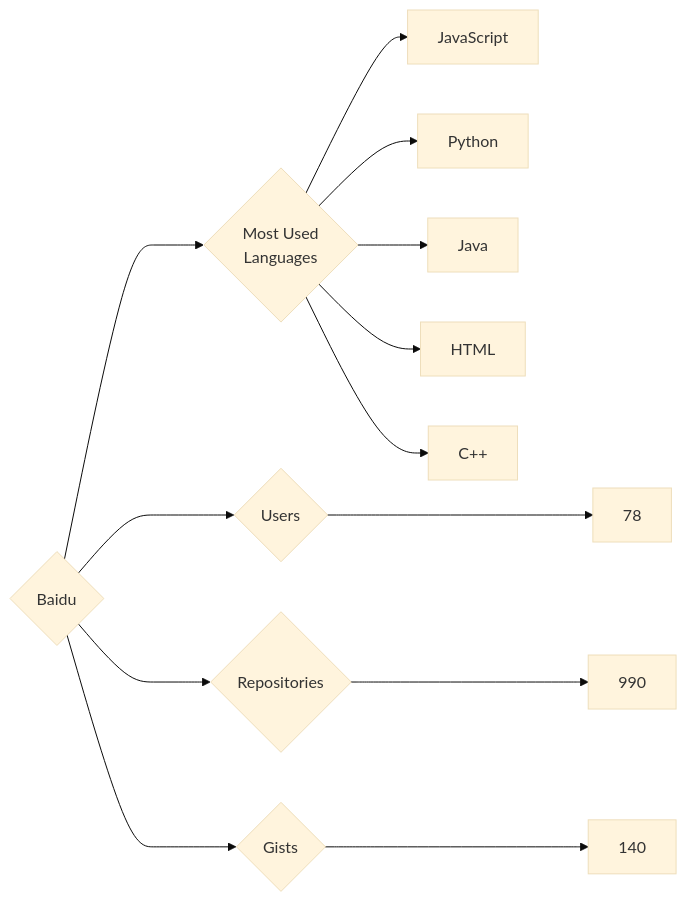
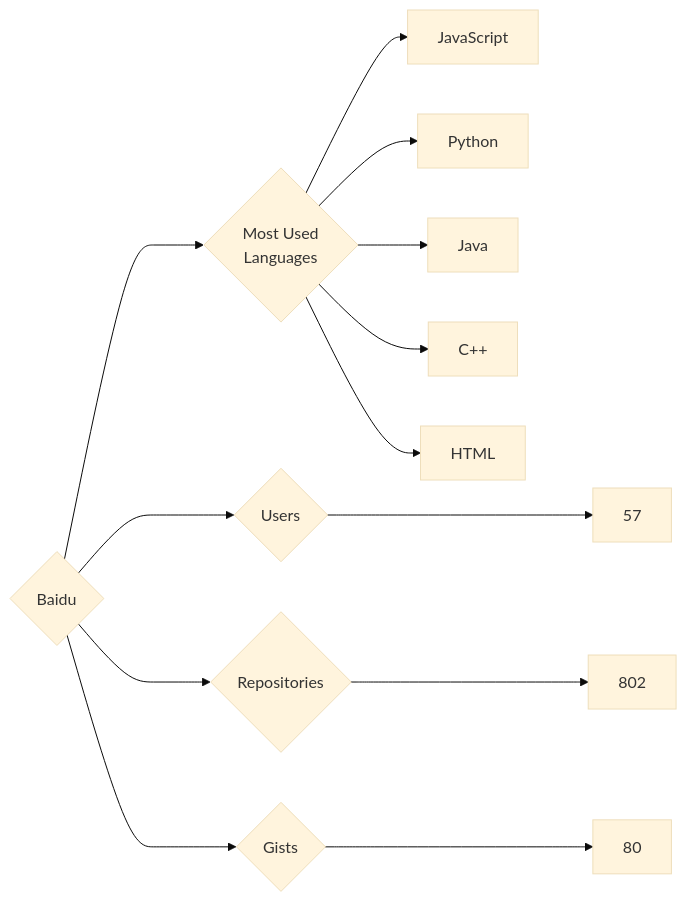
Before and after one commit to trickest/insiders: the diagram in targets/Baidu/README.md, drawn with Mermaid (base theme). The commit also changed 644 other files, not shown here.

````diff
--- a/targets/Baidu/README.md
+++ b/targets/Baidu/README.md
@@ -3,13 +3,13 @@
 ```mermaid
 graph LR
 COMPANY_NAME{Baidu}
-COMPANY_NAME ---> U{Users} ---> UN[78]
-COMPANY_NAME ---> R{Repositories} ---> RN[990]
-COMPANY_NAME ---> G{Gists} ---> GN[140]
+COMPANY_NAME ---> U{Users} ---> UN[57]
+COMPANY_NAME ---> R{Repositories} ---> RN[802]
+COMPANY_NAME ---> G{Gists} ---> GN[80]
 COMPANY_NAME ---> ML{Most Used<br>Languages}
 ML --> JavaScript[JavaScript]
 ML --> Python[Python]
 ML --> Java[Java]
+ML --> C++[C++]
 ML --> HTML[HTML]
-ML --> C++[C++]
 ```
````
